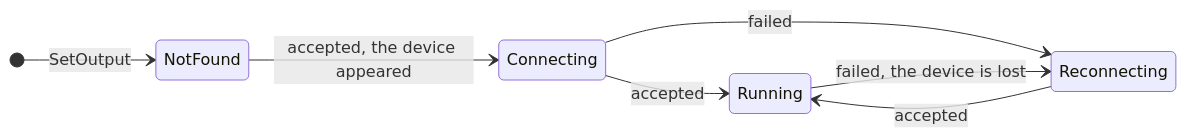
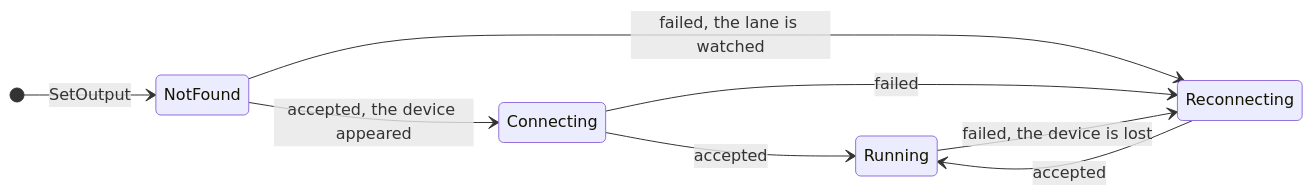
One commit to abossard/bossylights changed the fifth of 5 diagrams in docs/engine.md. Above: the diagram before and after it, drawn with Mermaid. The commit also changed other lines of this file and 28 other files, not shown here.

````diff
--- a/docs/engine.md
+++ b/docs/engine.md
@@ -251,10 +296,11 @@
 ```mermaid
 stateDiagram-v2
   direction LR
   [*] --> NotFound: SetOutput
   NotFound --> Connecting: accepted, the device appeared
+  NotFound --> Reconnecting: failed, the lane is watched
   Connecting --> Running: accepted
   Connecting --> Reconnecting: failed
   Running --> Reconnecting: failed, the device is lost
   Reconnecting --> Running: accepted
 ```
````
